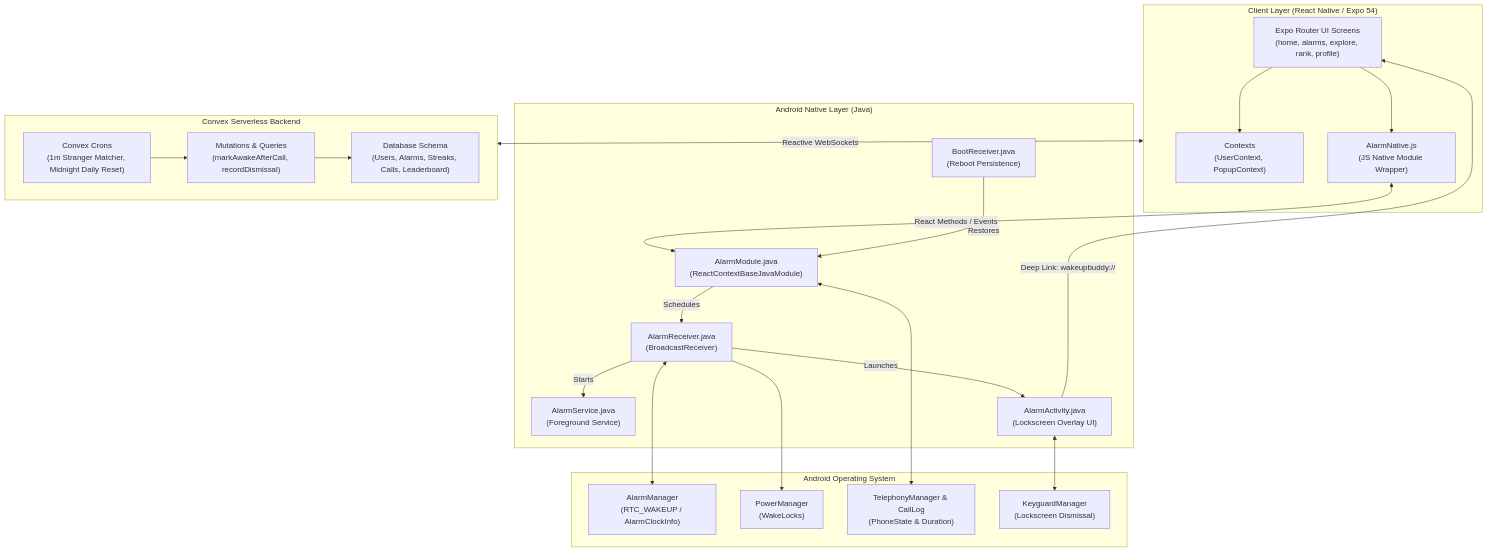
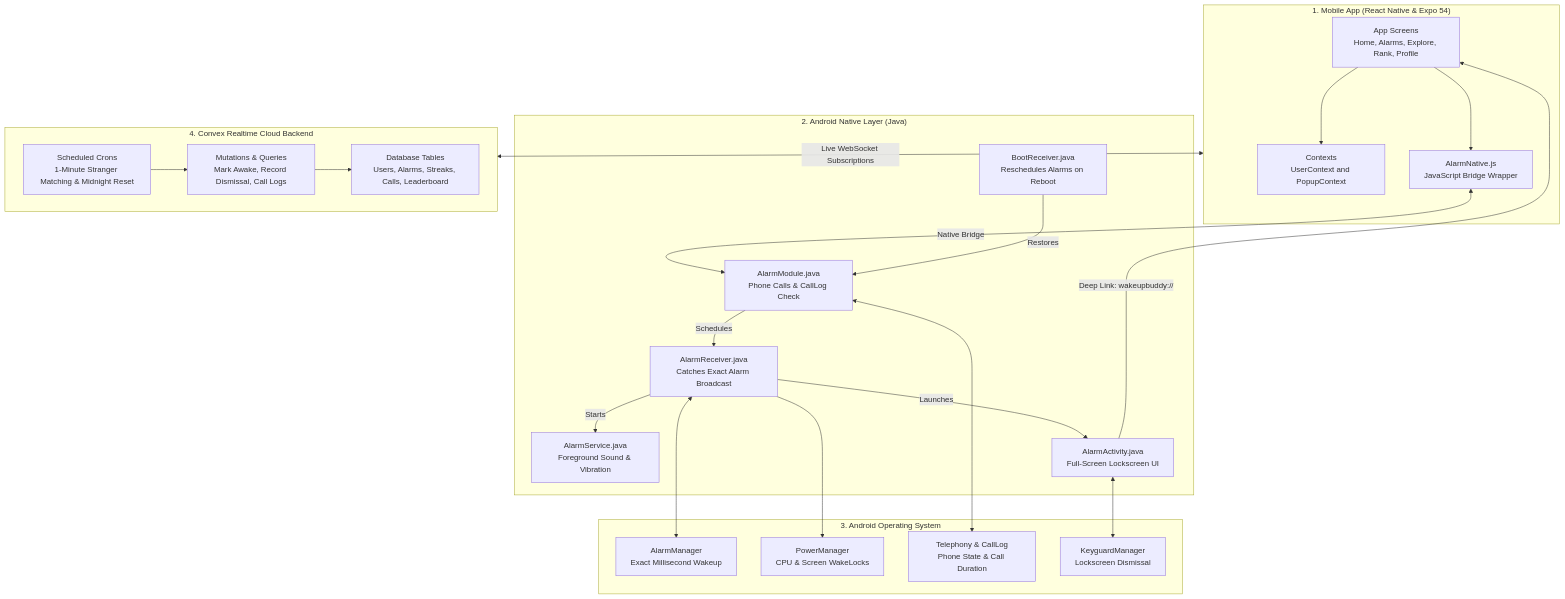
One commit to AaryaBalan/WakeupBuddy changed the first of 8 diagrams in README.md. Above: the diagram before and after it, drawn with Mermaid. The commit also changed other lines of this file, not shown here.

````diff
--- a/README.md
+++ b/README.md
@@ -234,45 +63,45 @@
 ```mermaid
 graph TD
-    subgraph Client ["Client Layer (React Native / Expo 54)"]
-        UI["Expo Router UI Screens<br/>(home, alarms, explore, rank, profile)"]
-        CTX["Contexts<br/>(UserContext, PopupContext)"]
-        BRIDGE["AlarmNative.js<br/>(JS Native Module Wrapper)"]
+    subgraph Client ["1. Mobile App (React Native & Expo 54)"]
+        UI["App Screens<br/>Home, Alarms, Explore, Rank, Profile"]
+        CTX["Contexts<br/>UserContext and PopupContext"]
+        BRIDGE["AlarmNative.js<br/>JavaScript Bridge Wrapper"]
         UI --> CTX
         UI --> BRIDGE
     end
 
-    subgraph Native ["Android Native Layer (Java)"]
-        AM["AlarmModule.java<br/>(ReactContextBaseJavaModule)"]
-        AR["AlarmReceiver.java<br/>(BroadcastReceiver)"]
-        AS["AlarmService.java<br/>(Foreground Service)"]
-        AA["AlarmActivity.java<br/>(Lockscreen Overlay UI)"]
-        BR["BootReceiver.java<br/>(Reboot Persistence)"]
-        BRIDGE <-->|"React Methods / Events"| AM
+    subgraph Native ["2. Android Native Layer (Java)"]
+        AM["AlarmModule.java<br/>Phone Calls & CallLog Check"]
+        AR["AlarmReceiver.java<br/>Catches Exact Alarm Broadcast"]
+        AS["AlarmService.java<br/>Foreground Sound & Vibration"]
+        AA["AlarmActivity.java<br/>Full-Screen Lockscreen UI"]
+        BR["BootReceiver.java<br/>Reschedules Alarms on Reboot"]
+        BRIDGE <-->|"Native Bridge"| AM
         AM -->|"Schedules"| AR
         AR -->|"Starts"| AS
         AR -->|"Launches"| AA
         BR -->|"Restores"| AM
     end
 
-    subgraph OS ["Android Operating System"]
-        A_MGR["AlarmManager<br/>(RTC_WAKEUP / AlarmClockInfo)"]
-        PWR["PowerManager<br/>(WakeLocks)"]
-        TEL["TelephonyManager & CallLog<br/>(PhoneState & Duration)"]
-        KEY["KeyguardManager<br/>(Lockscreen Dismissal)"]
+    subgraph OS ["3. Android Operating System"]
+        A_MGR["AlarmManager<br/>Exact Millisecond Wakeup"]
+        PWR["PowerManager<br/>CPU & Screen WakeLocks"]
+        TEL["Telephony & CallLog<br/>Phone State & Call Duration"]
+        KEY["KeyguardManager<br/>Lockscreen Dismissal"]
         AR <--> A_MGR
         AR --> PWR
         AM <--> TEL
         AA <--> KEY
     end
 
-    subgraph Backend ["Convex Serverless Backend"]
-        SCHEMA["Database Schema<br/>(Users, Alarms, Streaks, Calls, Leaderboard)"]
-        CRON["Convex Crons<br/>(1m Stranger Matcher, Midnight Daily Reset)"]
-        MUT["Mutations & Queries<br/>(markAwakeAfterCall, recordDismissal)"]
+    subgraph Backend ["4. Convex Realtime Cloud Backend"]
+        SCHEMA["Database Tables<br/>Users, Alarms, Streaks, Calls, Leaderboard"]
+        CRON["Scheduled Crons<br/>1-Minute Stranger Matching & Midnight Reset"]
+        MUT["Mutations & Queries<br/>Mark Awake, Record Dismissal, Call Logs"]
         CRON --> MUT
         MUT --> SCHEMA
     end
 
-    Client <-->|"Reactive WebSockets"| Backend
+    Client <-->|"Live WebSocket Subscriptions"| Backend
     AA -->|"Deep Link: wakeupbuddy://"| UI
 ```
````
